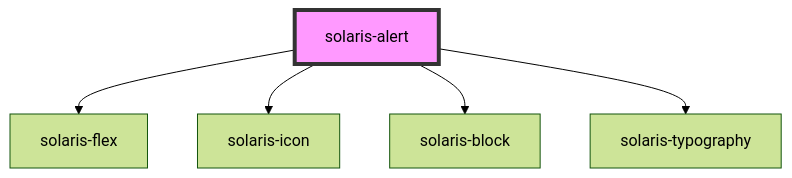
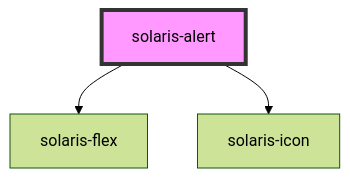
Before and after one commit to Lynxgsm/solaris-design-system: the diagram in packages/solaris-core/src/components/solaris-alert/readme.md, drawn with Mermaid (forest theme). The commit also changed other lines of this file and 10 other files, not shown here.

````diff
--- a/packages/solaris-core/src/components/solaris-alert/readme.md
+++ b/packages/solaris-core/src/components/solaris-alert/readme.md
@@ -30,8 +28,6 @@
 ```mermaid
 graph TD;
   solaris-alert --> solaris-flex
   solaris-alert --> solaris-icon
-  solaris-alert --> solaris-block
-  solaris-alert --> solaris-typography
   style solaris-alert fill:#f9f,stroke:#333,stroke-width:4px
 ```
````
